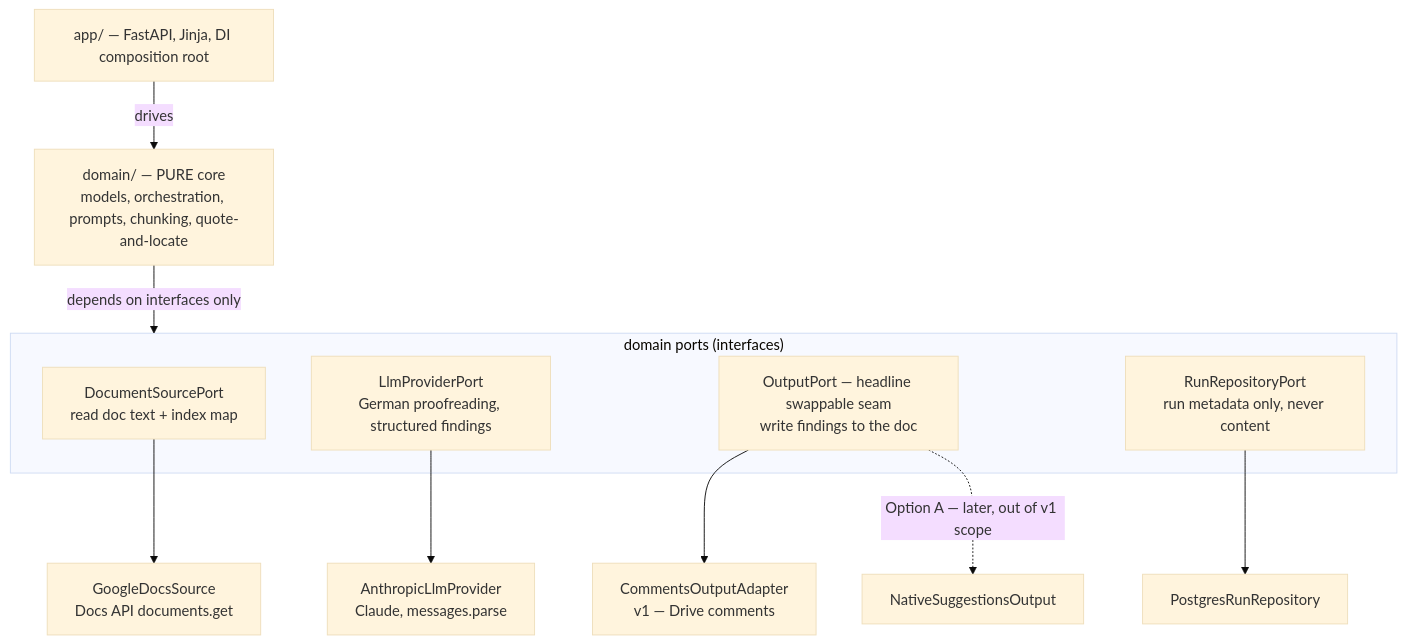
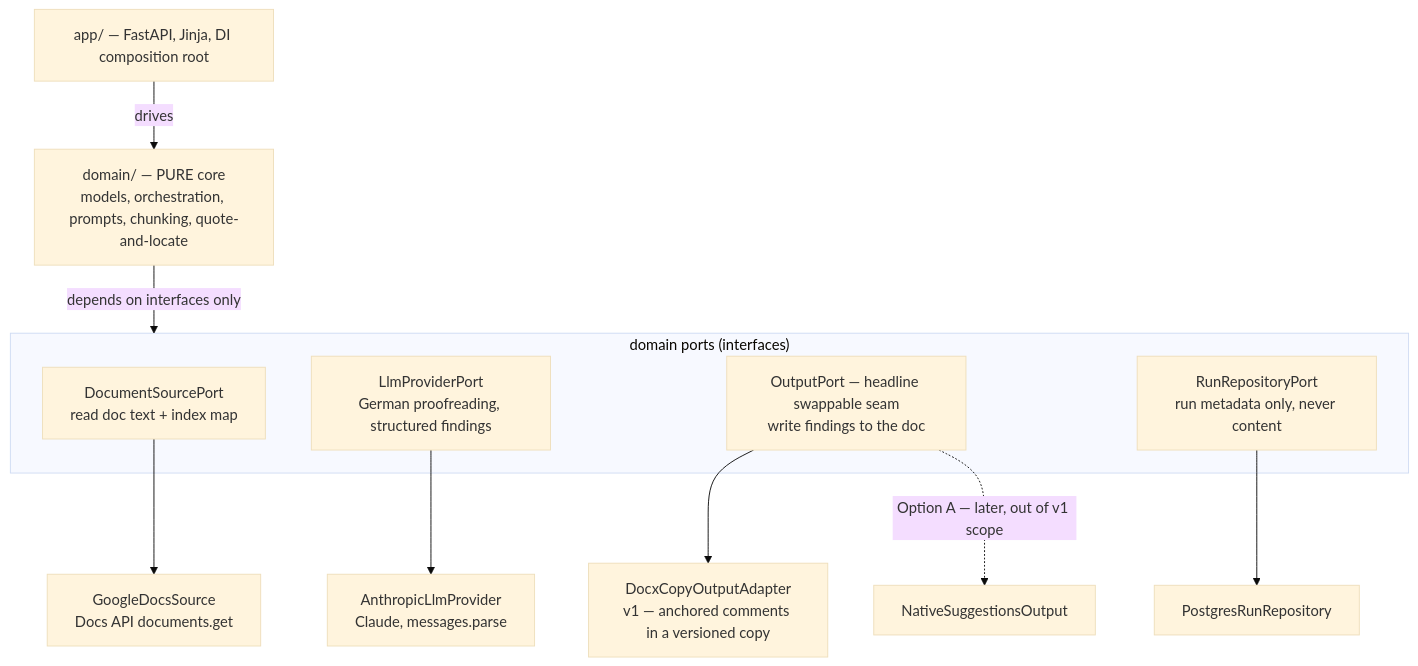
One commit to MyBookhub/PageDoctor changed the second of 2 diagrams in CLAUDE.md. Above: the diagram before and after it, drawn with Mermaid (base theme). The commit also changed other lines of this file and 28 other files, not shown here.

````diff
--- a/CLAUDE.md
+++ b/CLAUDE.md
@@ -38,20 +38,20 @@
 ```mermaid
 flowchart TD
     app["app/ — FastAPI, Jinja, DI composition root"]
     domain["domain/ — PURE core<br/>models, orchestration, prompts, chunking, quote-and-locate"]
     app -->|drives| domain
 
     subgraph ports["domain ports (interfaces)"]
         dsp["DocumentSourcePort<br/>read doc text + index map"]
         llp["LlmProviderPort<br/>German proofreading, structured findings"]
         op["OutputPort — headline swappable seam<br/>write findings to the doc"]
         rrp["RunRepositoryPort<br/>run metadata only, never content"]
     end
     domain -->|depends on interfaces only| ports
 
     dsp --> gds["GoogleDocsSource<br/>Docs API documents.get"]
     llp --> alp["AnthropicLlmProvider<br/>Claude, messages.parse"]
-    op --> co["CommentsOutputAdapter<br/>v1 — Drive comments"]
+    op --> co["DocxCopyOutputAdapter<br/>v1 — anchored comments in a versioned copy"]
     op -. "Option A — later, out of v1 scope" .-> nso["NativeSuggestionsOutput"]
     rrp --> prr["PostgresRunRepository"]
 ```
````
